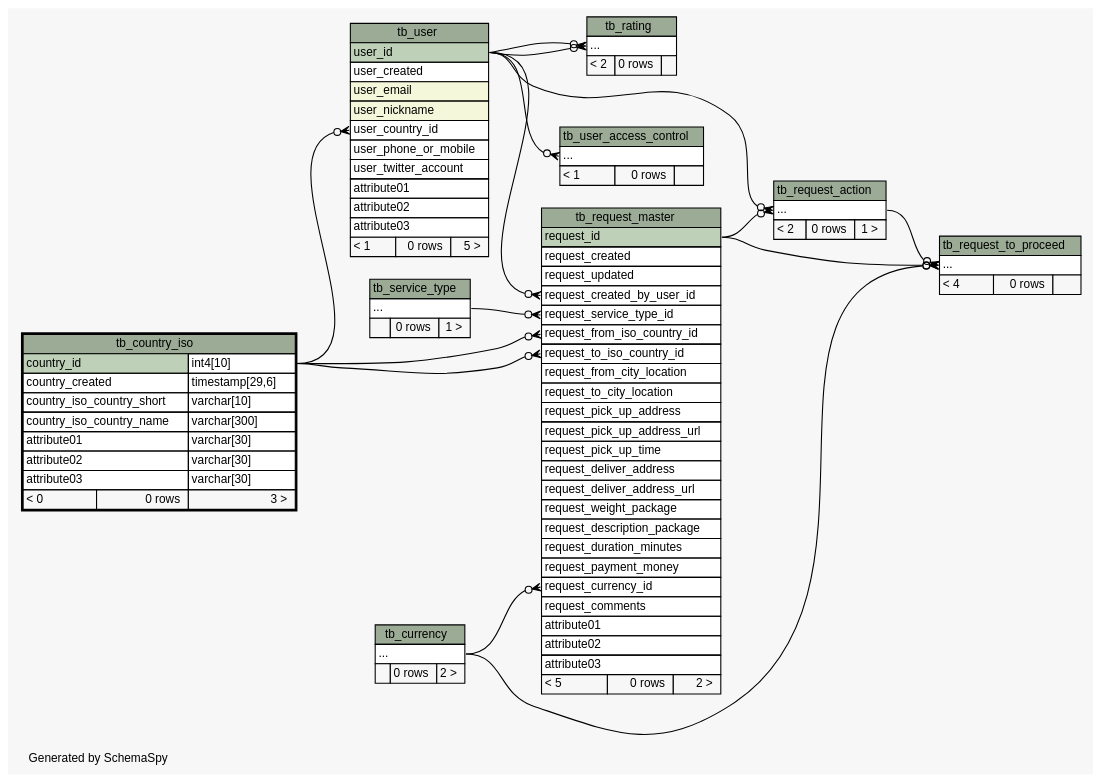
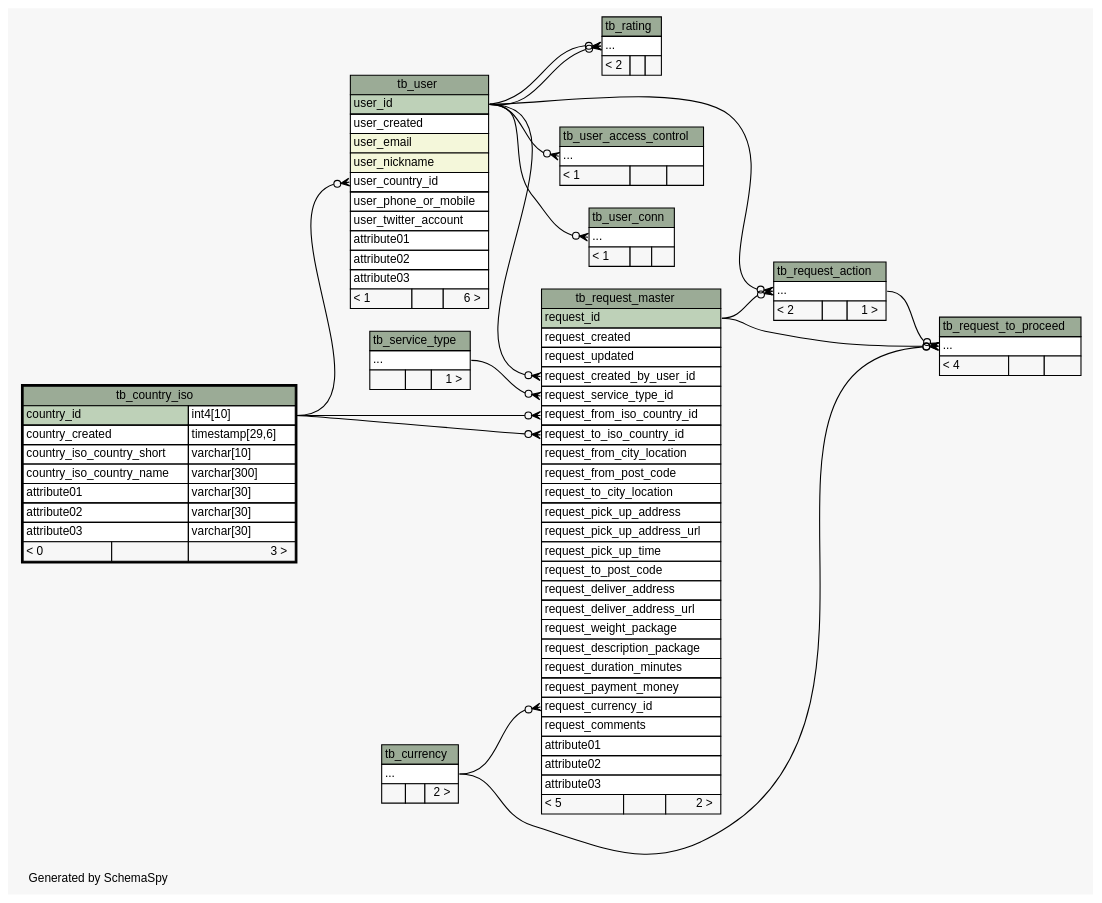
The diagram in database/schema/diagrams/tb_country_iso.2degrees.dot (josetesan/bring2me), drawn with Graphviz before and after one commit. The commit also changed 74 other files, not shown here.

Commit message:
New schema

```diff
--- a/database/schema/diagrams/tb_country_iso.2degrees.dot
+++ b/database/schema/diagrams/tb_country_iso.2degrees.dot
@@ -1,163 +1,176 @@
-// dot 2.34.0 on Linux 3.12.0-1-MANJARO
+// dot 2.34.0 on Linux 3.12.1-1-MANJARO
 // SchemaSpy rev 590
 digraph "twoDegreesRelationshipsDiagram" {
   graph [
     rankdir="RL"
     bgcolor="#f7f7f7"
     label="\nGenerated by SchemaSpy"
     labeljust="l"
     nodesep="0.18"
     ranksep="0.46"
     fontname="Helvetica"
     fontsize="11"
   ];
   node [
     fontname="Helvetica"
     fontsize="11"
     shape="plaintext"
   ];
   edge [
     arrowsize="0.8"
   ];
   "tb_rating":"elipses":w -> "tb_user":"user_id":e [arrowhead=none dir=back arrowtail=crowodot];
   "tb_rating":"elipses":w -> "tb_user":"user_id":e [arrowhead=none dir=back arrowtail=crowodot];
   "tb_request_action":"elipses":w -> "tb_user":"user_id":e [arrowhead=none dir=back arrowtail=crowodot];
   "tb_request_action":"elipses":w -> "tb_request_master":"request_id":e [arrowhead=none dir=back arrowtail=crowodot];
   "tb_request_master":"request_created_by_user_id":w -> "tb_user":"user_id":e [arrowhead=none dir=back arrowtail=crowodot];
   "tb_request_master":"request_currency_id":w -> "tb_currency":"elipses":e [arrowhead=none dir=back arrowtail=crowodot];
   "tb_request_master":"request_from_iso_country_id":w -> "tb_country_iso":"country_id.type":e [arrowhead=none dir=back arrowtail=crowodot];
   "tb_request_master":"request_service_type_id":w -> "tb_service_type":"elipses":e [arrowhead=none dir=back arrowtail=crowodot];
   "tb_request_master":"request_to_iso_country_id":w -> "tb_country_iso":"country_id.type":e [arrowhead=none dir=back arrowtail=crowodot];
   "tb_request_to_proceed":"elipses":w -> "tb_currency":"elipses":e [arrowhead=none dir=back arrowtail=crowodot];
   "tb_request_to_proceed":"elipses":w -> "tb_request_action":"elipses":e [arrowhead=none dir=back arrowtail=crowodot];
   "tb_request_to_proceed":"elipses":w -> "tb_request_master":"request_id":e [arrowhead=none dir=back arrowtail=crowodot];
   "tb_user":"user_country_id":w -> "tb_country_iso":"country_id.type":e [arrowhead=none dir=back arrowtail=crowodot];
   "tb_user_access_control":"elipses":w -> "tb_user":"user_id":e [arrowhead=none dir=back arrowtail=crowodot];
+  "tb_user_conn":"elipses":w -> "tb_user":"user_id":e [arrowhead=none dir=back arrowtail=crowodot];
   "tb_country_iso" [
     label=<
     <TABLE BORDER="2" CELLBORDER="1" CELLSPACING="0" BGCOLOR="#ffffff">
       <TR><TD COLSPAN="3" BGCOLOR="#9bab96" ALIGN="CENTER">tb_country_iso</TD></TR>
       <TR><TD PORT="country_id" COLSPAN="2" BGCOLOR="#bed1b8" ALIGN="LEFT">country_id</TD><TD PORT="country_id.type" ALIGN="LEFT">int4[10]</TD></TR>
       <TR><TD PORT="country_created" COLSPAN="2" ALIGN="LEFT">country_created</TD><TD PORT="country_created.type" ALIGN="LEFT">timestamp[29,6]</TD></TR>
       <TR><TD PORT="country_iso_country_short" COLSPAN="2" ALIGN="LEFT">country_iso_country_short</TD><TD PORT="country_iso_country_short.type" ALIGN="LEFT">varchar[10]</TD></TR>
       <TR><TD PORT="country_iso_country_name" COLSPAN="2" ALIGN="LEFT">country_iso_country_name</TD><TD PORT="country_iso_country_name.type" ALIGN="LEFT">varchar[300]</TD></TR>
       <TR><TD PORT="attribute01" COLSPAN="2" ALIGN="LEFT">attribute01</TD><TD PORT="attribute01.type" ALIGN="LEFT">varchar[30]</TD></TR>
       <TR><TD PORT="attribute02" COLSPAN="2" ALIGN="LEFT">attribute02</TD><TD PORT="attribute02.type" ALIGN="LEFT">varchar[30]</TD></TR>
       <TR><TD PORT="attribute03" COLSPAN="2" ALIGN="LEFT">attribute03</TD><TD PORT="attribute03.type" ALIGN="LEFT">varchar[30]</TD></TR>
-      <TR><TD ALIGN="LEFT" BGCOLOR="#f7f7f7">&lt; 0</TD><TD ALIGN="RIGHT" BGCOLOR="#f7f7f7">0 rows</TD><TD ALIGN="RIGHT" BGCOLOR="#f7f7f7">3 &gt;</TD></TR>
+      <TR><TD ALIGN="LEFT" BGCOLOR="#f7f7f7">&lt; 0</TD><TD ALIGN="RIGHT" BGCOLOR="#f7f7f7">  </TD><TD ALIGN="RIGHT" BGCOLOR="#f7f7f7">3 &gt;</TD></TR>
     </TABLE>>
     URL="tb_country_iso.html"
     tooltip="tb_country_iso"
   ];
   "tb_currency" [
     label=<
     <TABLE BORDER="0" CELLBORDER="1" CELLSPACING="0" BGCOLOR="#ffffff">
       <TR><TD COLSPAN="3" BGCOLOR="#9bab96" ALIGN="CENTER">tb_currency</TD></TR>
       <TR><TD PORT="elipses" COLSPAN="3" ALIGN="LEFT">...</TD></TR>
-      <TR><TD ALIGN="LEFT" BGCOLOR="#f7f7f7">  </TD><TD ALIGN="RIGHT" BGCOLOR="#f7f7f7">0 rows</TD><TD ALIGN="RIGHT" BGCOLOR="#f7f7f7">2 &gt;</TD></TR>
+      <TR><TD ALIGN="LEFT" BGCOLOR="#f7f7f7">  </TD><TD ALIGN="RIGHT" BGCOLOR="#f7f7f7">  </TD><TD ALIGN="RIGHT" BGCOLOR="#f7f7f7">2 &gt;</TD></TR>
     </TABLE>>
     URL="tb_currency.html"
     tooltip="tb_currency"
   ];
   "tb_rating" [
     label=<
     <TABLE BORDER="0" CELLBORDER="1" CELLSPACING="0" BGCOLOR="#ffffff">
       <TR><TD COLSPAN="3" BGCOLOR="#9bab96" ALIGN="CENTER">tb_rating</TD></TR>
       <TR><TD PORT="elipses" COLSPAN="3" ALIGN="LEFT">...</TD></TR>
-      <TR><TD ALIGN="LEFT" BGCOLOR="#f7f7f7">&lt; 2</TD><TD ALIGN="RIGHT" BGCOLOR="#f7f7f7">0 rows</TD><TD ALIGN="RIGHT" BGCOLOR="#f7f7f7">  </TD></TR>
+      <TR><TD ALIGN="LEFT" BGCOLOR="#f7f7f7">&lt; 2</TD><TD ALIGN="RIGHT" BGCOLOR="#f7f7f7">  </TD><TD ALIGN="RIGHT" BGCOLOR="#f7f7f7">  </TD></TR>
     </TABLE>>
     URL="tb_rating.html"
     tooltip="tb_rating"
   ];
   "tb_request_action" [
     label=<
     <TABLE BORDER="0" CELLBORDER="1" CELLSPACING="0" BGCOLOR="#ffffff">
       <TR><TD COLSPAN="3" BGCOLOR="#9bab96" ALIGN="CENTER">tb_request_action</TD></TR>
       <TR><TD PORT="elipses" COLSPAN="3" ALIGN="LEFT">...</TD></TR>
-      <TR><TD ALIGN="LEFT" BGCOLOR="#f7f7f7">&lt; 2</TD><TD ALIGN="RIGHT" BGCOLOR="#f7f7f7">0 rows</TD><TD ALIGN="RIGHT" BGCOLOR="#f7f7f7">1 &gt;</TD></TR>
+      <TR><TD ALIGN="LEFT" BGCOLOR="#f7f7f7">&lt; 2</TD><TD ALIGN="RIGHT" BGCOLOR="#f7f7f7">  </TD><TD ALIGN="RIGHT" BGCOLOR="#f7f7f7">1 &gt;</TD></TR>
     </TABLE>>
     URL="tb_request_action.html"
     tooltip="tb_request_action"
   ];
   "tb_request_master" [
     label=<
     <TABLE BORDER="0" CELLBORDER="1" CELLSPACING="0" BGCOLOR="#ffffff">
       <TR><TD COLSPAN="3" BGCOLOR="#9bab96" ALIGN="CENTER">tb_request_master</TD></TR>
       <TR><TD PORT="request_id" COLSPAN="3" BGCOLOR="#bed1b8" ALIGN="LEFT">request_id</TD></TR>
       <TR><TD PORT="request_created" COLSPAN="3" ALIGN="LEFT">request_created</TD></TR>
       <TR><TD PORT="request_updated" COLSPAN="3" ALIGN="LEFT">request_updated</TD></TR>
       <TR><TD PORT="request_created_by_user_id" COLSPAN="3" ALIGN="LEFT">request_created_by_user_id</TD></TR>
       <TR><TD PORT="request_service_type_id" COLSPAN="3" ALIGN="LEFT">request_service_type_id</TD></TR>
       <TR><TD PORT="request_from_iso_country_id" COLSPAN="3" ALIGN="LEFT">request_from_iso_country_id</TD></TR>
       <TR><TD PORT="request_to_iso_country_id" COLSPAN="3" ALIGN="LEFT">request_to_iso_country_id</TD></TR>
       <TR><TD PORT="request_from_city_location" COLSPAN="3" ALIGN="LEFT">request_from_city_location</TD></TR>
+      <TR><TD PORT="request_from_post_code" COLSPAN="3" ALIGN="LEFT">request_from_post_code</TD></TR>
       <TR><TD PORT="request_to_city_location" COLSPAN="3" ALIGN="LEFT">request_to_city_location</TD></TR>
       <TR><TD PORT="request_pick_up_address" COLSPAN="3" ALIGN="LEFT">request_pick_up_address</TD></TR>
       <TR><TD PORT="request_pick_up_address_url" COLSPAN="3" ALIGN="LEFT">request_pick_up_address_url</TD></TR>
       <TR><TD PORT="request_pick_up_time" COLSPAN="3" ALIGN="LEFT">request_pick_up_time</TD></TR>
+      <TR><TD PORT="request_to_post_code" COLSPAN="3" ALIGN="LEFT">request_to_post_code</TD></TR>
       <TR><TD PORT="request_deliver_address" COLSPAN="3" ALIGN="LEFT">request_deliver_address</TD></TR>
       <TR><TD PORT="request_deliver_address_url" COLSPAN="3" ALIGN="LEFT">request_deliver_address_url</TD></TR>
       <TR><TD PORT="request_weight_package" COLSPAN="3" ALIGN="LEFT">request_weight_package</TD></TR>
       <TR><TD PORT="request_description_package" COLSPAN="3" ALIGN="LEFT">request_description_package</TD></TR>
       <TR><TD PORT="request_duration_minutes" COLSPAN="3" ALIGN="LEFT">request_duration_minutes</TD></TR>
       <TR><TD PORT="request_payment_money" COLSPAN="3" ALIGN="LEFT">request_payment_money</TD></TR>
       <TR><TD PORT="request_currency_id" COLSPAN="3" ALIGN="LEFT">request_currency_id</TD></TR>
       <TR><TD PORT="request_comments" COLSPAN="3" ALIGN="LEFT">request_comments</TD></TR>
       <TR><TD PORT="attribute01" COLSPAN="3" ALIGN="LEFT">attribute01</TD></TR>
       <TR><TD PORT="attribute02" COLSPAN="3" ALIGN="LEFT">attribute02</TD></TR>
       <TR><TD PORT="attribute03" COLSPAN="3" ALIGN="LEFT">attribute03</TD></TR>
-      <TR><TD ALIGN="LEFT" BGCOLOR="#f7f7f7">&lt; 5</TD><TD ALIGN="RIGHT" BGCOLOR="#f7f7f7">0 rows</TD><TD ALIGN="RIGHT" BGCOLOR="#f7f7f7">2 &gt;</TD></TR>
+      <TR><TD ALIGN="LEFT" BGCOLOR="#f7f7f7">&lt; 5</TD><TD ALIGN="RIGHT" BGCOLOR="#f7f7f7">  </TD><TD ALIGN="RIGHT" BGCOLOR="#f7f7f7">2 &gt;</TD></TR>
     </TABLE>>
     URL="tb_request_master.html"
     tooltip="tb_request_master"
   ];
   "tb_request_to_proceed" [
     label=<
     <TABLE BORDER="0" CELLBORDER="1" CELLSPACING="0" BGCOLOR="#ffffff">
       <TR><TD COLSPAN="3" BGCOLOR="#9bab96" ALIGN="CENTER">tb_request_to_proceed</TD></TR>
       <TR><TD PORT="elipses" COLSPAN="3" ALIGN="LEFT">...</TD></TR>
-      <TR><TD ALIGN="LEFT" BGCOLOR="#f7f7f7">&lt; 4</TD><TD ALIGN="RIGHT" BGCOLOR="#f7f7f7">0 rows</TD><TD ALIGN="RIGHT" BGCOLOR="#f7f7f7">  </TD></TR>
+      <TR><TD ALIGN="LEFT" BGCOLOR="#f7f7f7">&lt; 4</TD><TD ALIGN="RIGHT" BGCOLOR="#f7f7f7">  </TD><TD ALIGN="RIGHT" BGCOLOR="#f7f7f7">  </TD></TR>
     </TABLE>>
     URL="tb_request_to_proceed.html"
     tooltip="tb_request_to_proceed"
   ];
   "tb_service_type" [
     label=<
     <TABLE BORDER="0" CELLBORDER="1" CELLSPACING="0" BGCOLOR="#ffffff">
       <TR><TD COLSPAN="3" BGCOLOR="#9bab96" ALIGN="CENTER">tb_service_type</TD></TR>
       <TR><TD PORT="elipses" COLSPAN="3" ALIGN="LEFT">...</TD></TR>
-      <TR><TD ALIGN="LEFT" BGCOLOR="#f7f7f7">  </TD><TD ALIGN="RIGHT" BGCOLOR="#f7f7f7">0 rows</TD><TD ALIGN="RIGHT" BGCOLOR="#f7f7f7">1 &gt;</TD></TR>
+      <TR><TD ALIGN="LEFT" BGCOLOR="#f7f7f7">  </TD><TD ALIGN="RIGHT" BGCOLOR="#f7f7f7">  </TD><TD ALIGN="RIGHT" BGCOLOR="#f7f7f7">1 &gt;</TD></TR>
     </TABLE>>
     URL="tb_service_type.html"
     tooltip="tb_service_type"
   ];
   "tb_user" [
     label=<
     <TABLE BORDER="0" CELLBORDER="1" CELLSPACING="0" BGCOLOR="#ffffff">
       <TR><TD COLSPAN="3" BGCOLOR="#9bab96" ALIGN="CENTER">tb_user</TD></TR>
       <TR><TD PORT="user_id" COLSPAN="3" BGCOLOR="#bed1b8" ALIGN="LEFT">user_id</TD></TR>
       <TR><TD PORT="user_created" COLSPAN="3" ALIGN="LEFT">user_created</TD></TR>
       <TR><TD PORT="user_email" COLSPAN="3" BGCOLOR="#f4f7da" ALIGN="LEFT">user_email</TD></TR>
       <TR><TD PORT="user_nickname" COLSPAN="3" BGCOLOR="#f4f7da" ALIGN="LEFT">user_nickname</TD></TR>
       <TR><TD PORT="user_country_id" COLSPAN="3" ALIGN="LEFT">user_country_id</TD></TR>
       <TR><TD PORT="user_phone_or_mobile" COLSPAN="3" ALIGN="LEFT">user_phone_or_mobile</TD></TR>
       <TR><TD PORT="user_twitter_account" COLSPAN="3" ALIGN="LEFT">user_twitter_account</TD></TR>
       <TR><TD PORT="attribute01" COLSPAN="3" ALIGN="LEFT">attribute01</TD></TR>
       <TR><TD PORT="attribute02" COLSPAN="3" ALIGN="LEFT">attribute02</TD></TR>
       <TR><TD PORT="attribute03" COLSPAN="3" ALIGN="LEFT">attribute03</TD></TR>
-      <TR><TD ALIGN="LEFT" BGCOLOR="#f7f7f7">&lt; 1</TD><TD ALIGN="RIGHT" BGCOLOR="#f7f7f7">0 rows</TD><TD ALIGN="RIGHT" BGCOLOR="#f7f7f7">5 &gt;</TD></TR>
+      <TR><TD ALIGN="LEFT" BGCOLOR="#f7f7f7">&lt; 1</TD><TD ALIGN="RIGHT" BGCOLOR="#f7f7f7">  </TD><TD ALIGN="RIGHT" BGCOLOR="#f7f7f7">6 &gt;</TD></TR>
     </TABLE>>
     URL="tb_user.html"
     tooltip="tb_user"
   ];
   "tb_user_access_control" [
     label=<
     <TABLE BORDER="0" CELLBORDER="1" CELLSPACING="0" BGCOLOR="#ffffff">
       <TR><TD COLSPAN="3" BGCOLOR="#9bab96" ALIGN="CENTER">tb_user_access_control</TD></TR>
       <TR><TD PORT="elipses" COLSPAN="3" ALIGN="LEFT">...</TD></TR>
-      <TR><TD ALIGN="LEFT" BGCOLOR="#f7f7f7">&lt; 1</TD><TD ALIGN="RIGHT" BGCOLOR="#f7f7f7">0 rows</TD><TD ALIGN="RIGHT" BGCOLOR="#f7f7f7">  </TD></TR>
+      <TR><TD ALIGN="LEFT" BGCOLOR="#f7f7f7">&lt; 1</TD><TD ALIGN="RIGHT" BGCOLOR="#f7f7f7">  </TD><TD ALIGN="RIGHT" BGCOLOR="#f7f7f7">  </TD></TR>
     </TABLE>>
     URL="tb_user_access_control.html"
     tooltip="tb_user_access_control"
   ];
+  "tb_user_conn" [
+    label=<
+    <TABLE BORDER="0" CELLBORDER="1" CELLSPACING="0" BGCOLOR="#ffffff">
+      <TR><TD COLSPAN="3" BGCOLOR="#9bab96" ALIGN="CENTER">tb_user_conn</TD></TR>
+      <TR><TD PORT="elipses" COLSPAN="3" ALIGN="LEFT">...</TD></TR>
+      <TR><TD ALIGN="LEFT" BGCOLOR="#f7f7f7">&lt; 1</TD><TD ALIGN="RIGHT" BGCOLOR="#f7f7f7">  </TD><TD ALIGN="RIGHT" BGCOLOR="#f7f7f7">  </TD></TR>
+    </TABLE>>
+    URL="tb_user_conn.html"
+    tooltip="tb_user_conn"
+  ];
 }
```
